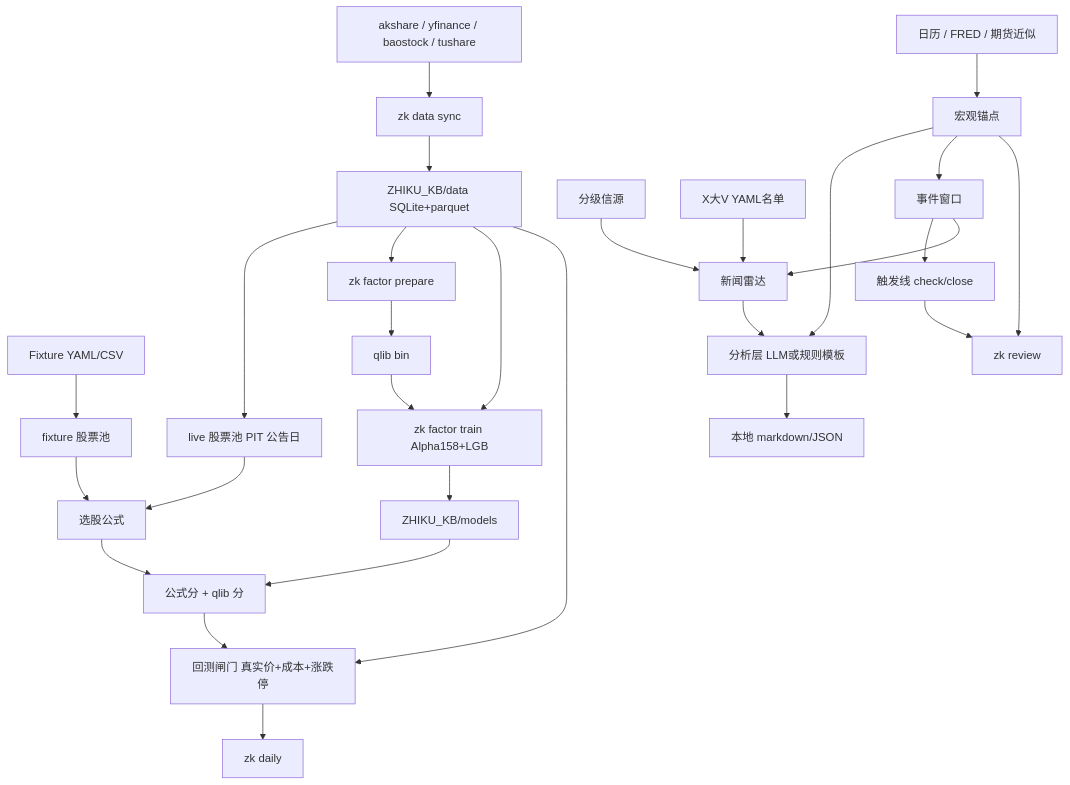
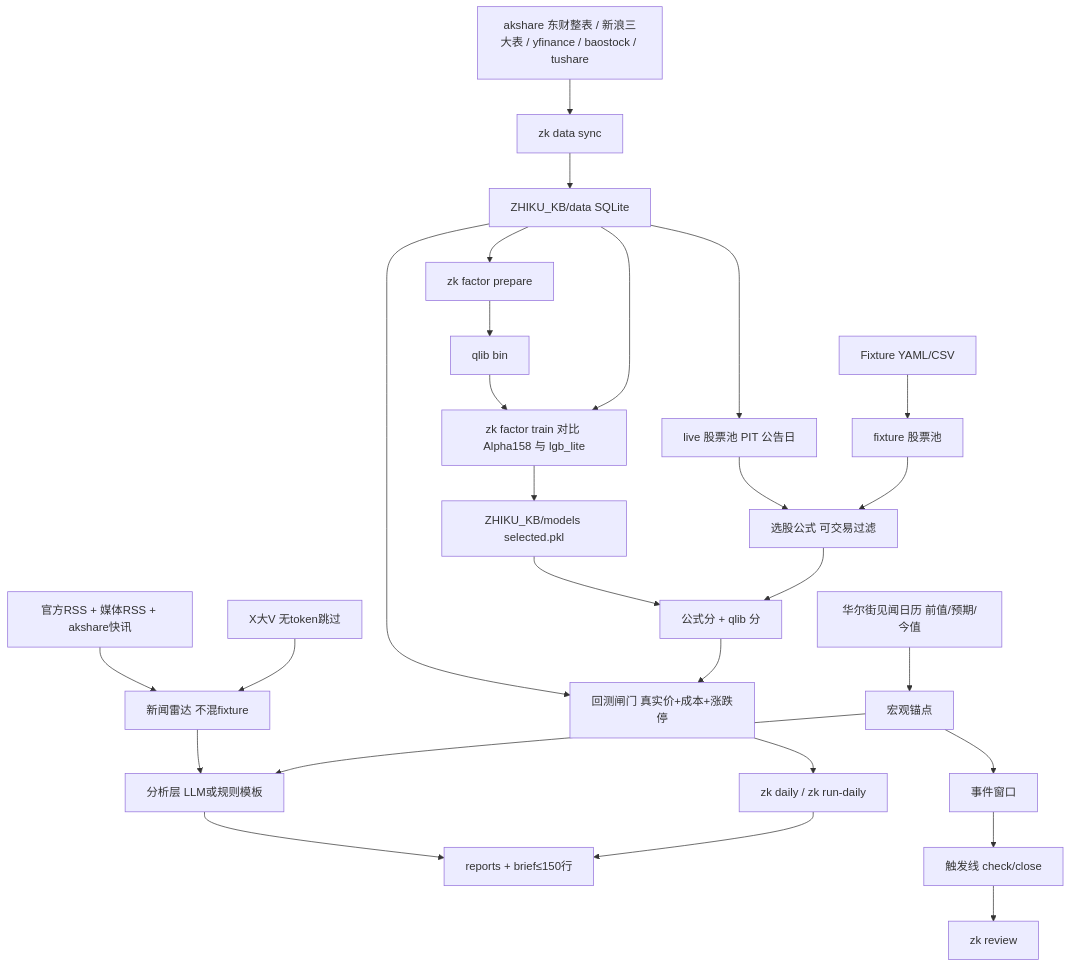
Before and after one commit to TTtian1998/invest-agents: the first of 2 diagrams in docs/ARCHITECTURE.md, drawn with Mermaid. The commit also changed other lines of this file and 3 other files, not shown here.

````diff
--- a/docs/ARCHITECTURE.md
+++ b/docs/ARCHITECTURE.md
@@ -5,30 +5,29 @@
 ```mermaid
 flowchart TD
-  ak[akshare / yfinance / baostock / tushare] --> sync[zk data sync]
-  sync --> store[ZHIKU_KB/data SQLite+parquet]
+  ak[akshare 东财整表 / 新浪三大表 / yfinance / baostock / tushare] --> sync[zk data sync]
+  sync --> store[ZHIKU_KB/data SQLite]
   store --> liveUni[live 股票池 PIT 公告日]
   fixtures[Fixture YAML/CSV] --> fixUni[fixture 股票池]
-  liveUni --> screens[选股公式]
+  liveUni --> screens[选股公式 可交易过滤]
   fixUni --> screens
   store --> prepare[zk factor prepare]
   prepare --> qlibDir[qlib bin]
-  qlibDir --> train[zk factor train Alpha158+LGB]
+  qlibDir --> train[zk factor train 对比 Alpha158 与 lgb_lite]
   store --> train
-  train --> models[ZHIKU_KB/models]
+  train --> models[ZHIKU_KB/models selected.pkl]
   models --> merge[公式分 + qlib 分]
   screens --> merge
   store --> backtest[回测闸门 真实价+成本+涨跌停]
   merge --> backtest
-  backtest --> daily[zk daily]
-  newsSrc[分级信源] --> news[新闻雷达]
-  xWatch[X大V YAML名单] --> news
-  macroSrc[日历 / FRED / 期货近似] --> macro[宏观锚点]
+  backtest --> daily[zk daily / zk run-daily]
+  rss[官方RSS + 媒体RSS + akshare快讯] --> news[新闻雷达 不混fixture]
+  xWatch[X大V 无token跳过] --> news
+  cal[华尔街见闻日历 前值/预期/今值] --> macro[宏观锚点]
   news --> analyze[分析层 LLM或规则模板]
   macro --> analyze
-  analyze --> reports[本地 markdown/JSON]
+  analyze --> reports[reports + brief≤150行]
+  daily --> reports
   macro --> windows[事件窗口]
   windows --> triggers[触发线 check/close]
-  windows --> news
   triggers --> hitrate[zk review]
-  macro --> hitrate
 ```
````
